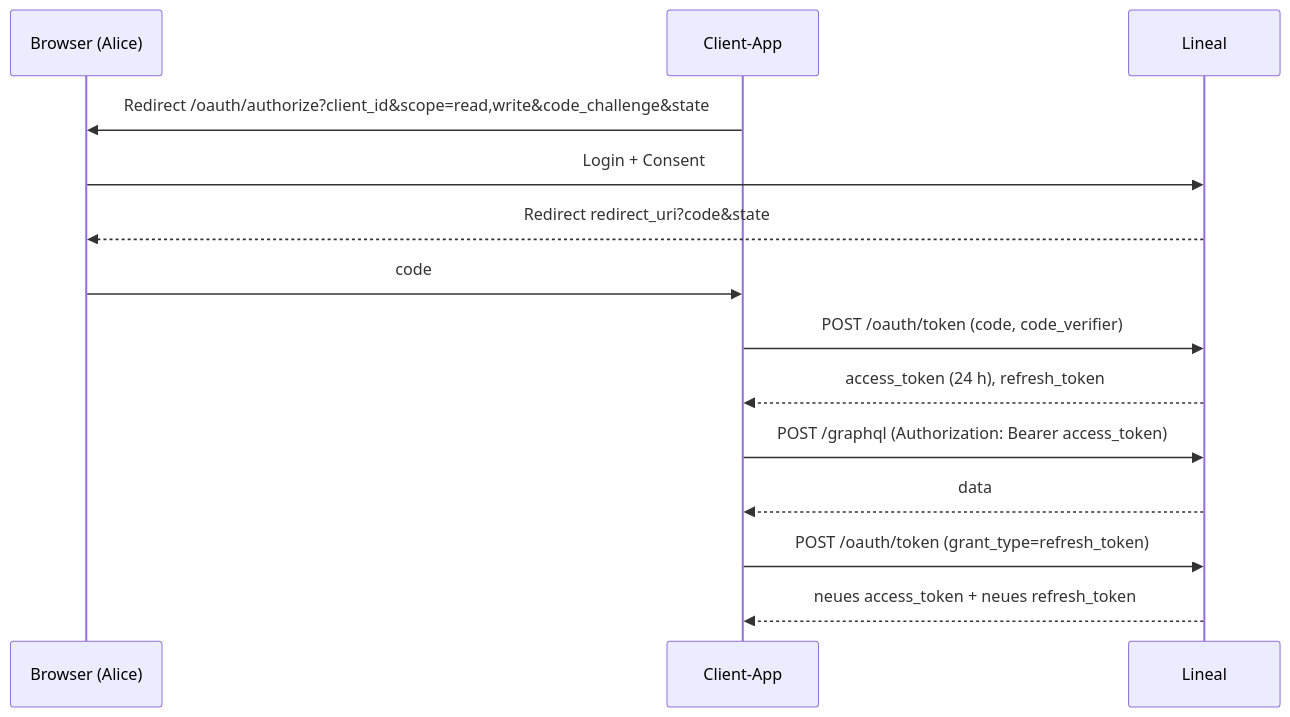
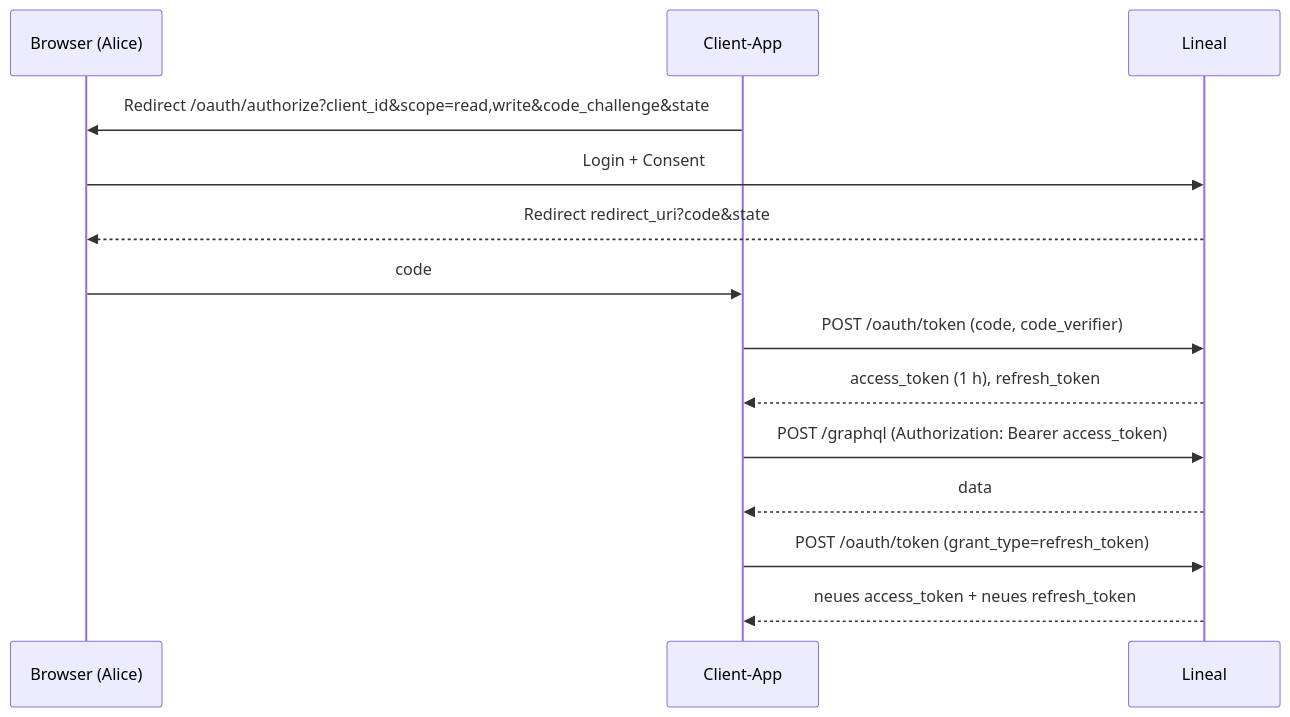
The first of 4 diagrams in docs/09-api-events.md (AlainBla/lineal), drawn with Mermaid before and after one commit. The commit also changed other lines of this file and 4 other files, not shown here.

Commit message:
fix(oauth): resource-Prüfung (RFC 8707), Access-TTL 1 h, feste Refresh-Gnadenfrist (60 s), Redirect-Schemata per Allowlist (B3.03-B3.06)

````diff
--- a/docs/09-api-events.md
+++ b/docs/09-api-events.md
@@ -484,16 +484,16 @@
 ```mermaid
 sequenceDiagram
   participant B as Browser (Alice)
   participant C as Client-App
   participant L as Lineal
   C->>B: Redirect /oauth/authorize?client_id&scope=read,write&code_challenge&state
   B->>L: Login + Consent
   L-->>B: Redirect redirect_uri?code&state
   B->>C: code
   C->>L: POST /oauth/token (code, code_verifier)
-  L-->>C: access_token (24 h), refresh_token
+  L-->>C: access_token (1 h), refresh_token
   C->>L: POST /graphql (Authorization: Bearer access_token)
   L-->>C: data
   C->>L: POST /oauth/token (grant_type=refresh_token)
   L-->>C: neues access_token + neues refresh_token
 ```
````
